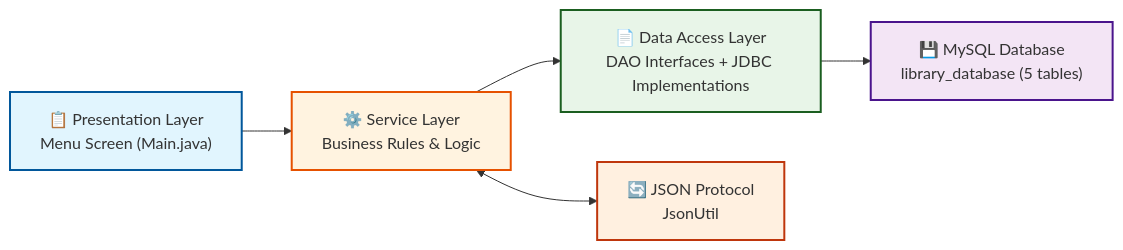
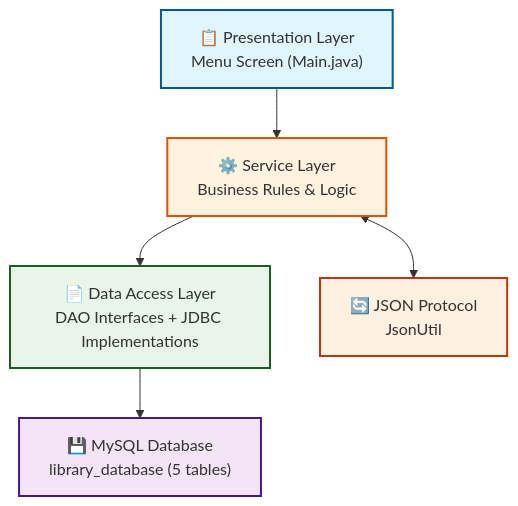
One commit to AliJay2025/CA2-Library-DAO changed the diagram in README.md. Above: the diagram before and after it, drawn with Mermaid.

Commit message:
Updating README to show what the project is about

````diff
--- a/README.md
+++ b/README.md
@@ -11,14 +11,14 @@
 ```mermaid
-flowchart LR
+graph TD
   UI["📋 Presentation Layer<br/>Menu Screen (Main.java)"] --> S["⚙️ Service Layer<br/>Business Rules & Logic"]
   S --> D["📄 Data Access Layer<br/>DAO Interfaces + JDBC Implementations"]
   D --> DB["💾 MySQL Database<br/>library_database (5 tables)"]
   
   S <--> JSON["🔄 JSON Protocol<br/>JsonUtil"]
 
   style UI fill:#e1f5fe,stroke:#01579b,stroke-width:2px
   style S fill:#fff3e0,stroke:#e65100,stroke-width:2px
   style D fill:#e8f5e8,stroke:#1b5e20,stroke-width:2px
   style DB fill:#f3e5f5,stroke:#4a148c,stroke-width:2px
   style JSON fill:#fff0e0,stroke:#bf360c,stroke-width:2px
 ```
````
